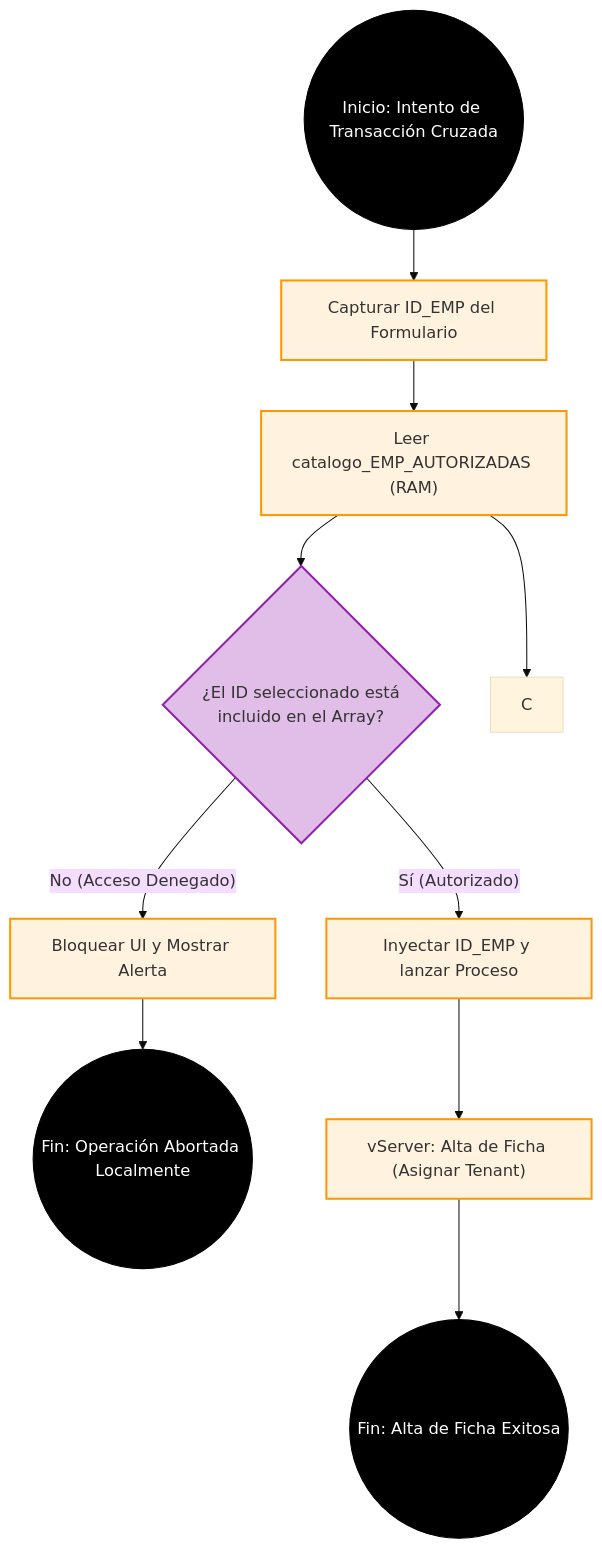
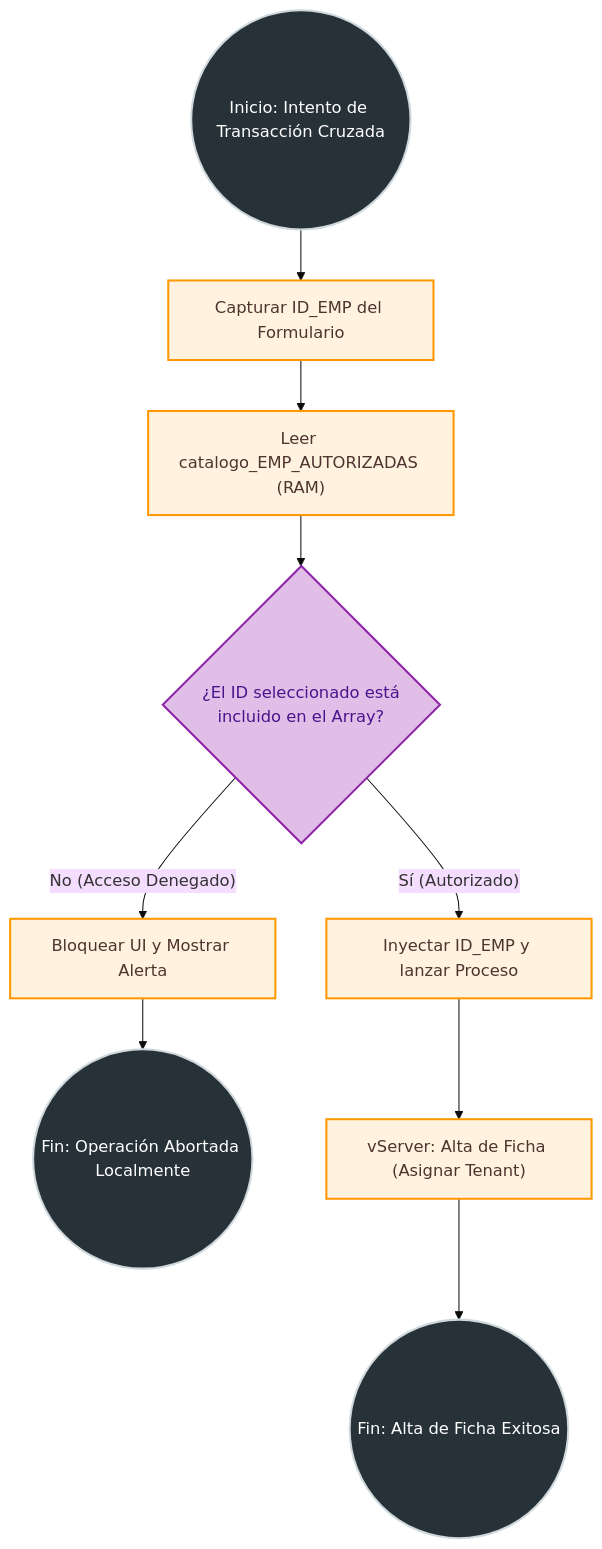
One commit to arturomiranda/ds-qs changed the fourth of 4 diagrams in data/1. Principales/Tablas/001_Arquitectura_Multiempresa.md. Above: the diagram before and after it, drawn with Mermaid (base theme). The commit also changed other lines of this file and 1 other file, not shown here.

Commit message:
Mejoras en los colores de los diagramas UML

````diff
--- a/data/1. Principales/Tablas/001_Arquitectura_Multiempresa.md
+++ b/data/1. Principales/Tablas/001_Arquitectura_Multiempresa.md
@@ -187,37 +190,36 @@
 ```mermaid
 flowchart TD
-    %% Estilos UML estrictos
-    classDef startEnd fill:#000,stroke:#000,color:#fff
-    classDef action fill:#fff3e0,stroke:#ff9800,stroke-width:2px
-    classDef decision fill:#e1bee7,stroke:#8e24aa,stroke-width:2px
+    %% Estilos UML optimizados para modo claro y oscuro
+    classDef startEnd fill:#263238,stroke:#cfd8dc,stroke-width:2px,color:#fff
+    classDef action fill:#fff3e0,stroke:#ff9800,stroke-width:2px,color:#4e342e
+    classDef decision fill:#e1bee7,stroke:#8e24aa,stroke-width:2px,color:#4a148c
 
     %% Nodos Inicial y Finales
     Start(("Inicio: Intento de Transacción Cruzada")):::startEnd
     EndOk(("Fin: Alta de Ficha Exitosa")):::startEnd
     EndErr(("Fin: Operación Abortada Localmente")):::startEnd
 
     %% Acciones de Interfaz
     A["Capturar ID_EMP del Formulario"]:::action
     B["Leer catalogo_EMP_AUTORIZADAS (RAM)"]:::action
 
     %% Rombo de Decisión (Filtro de Seguridad)
     D{"¿El ID seleccionado está<br/>incluido en el Array?"}:::decision
 
     %% Rutas
     Err["Bloquear UI y Mostrar Alerta"]:::action
     Ok1["Inyectar ID_EMP y lanzar Proceso"]:::action
     Ok2["vServer: Alta de Ficha (Asignar Tenant)"]:::action
 
     %% Flujo
     Start --> A
     A --> B
-    B --> C
     B --> D
 
     D -->|"No (Acceso Denegado)"| Err
     Err --> EndErr
 
     D -->|"Sí (Autorizado)"| Ok1
     Ok1 --> Ok2
     Ok2 --> EndOk
 ```
````
